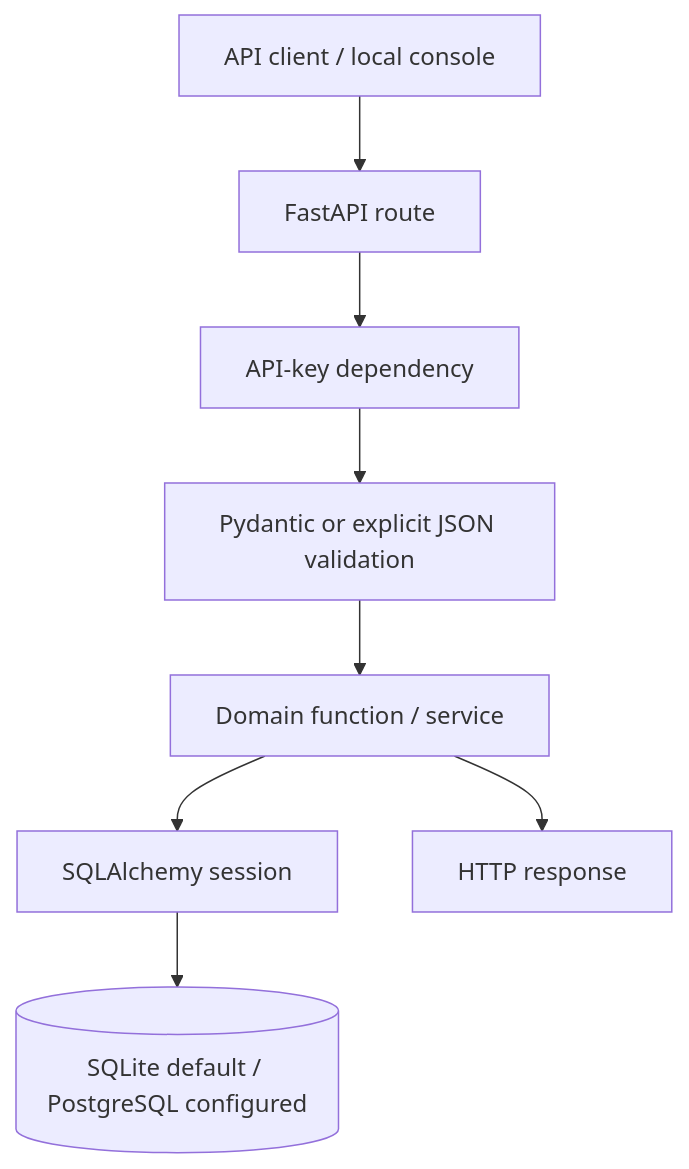
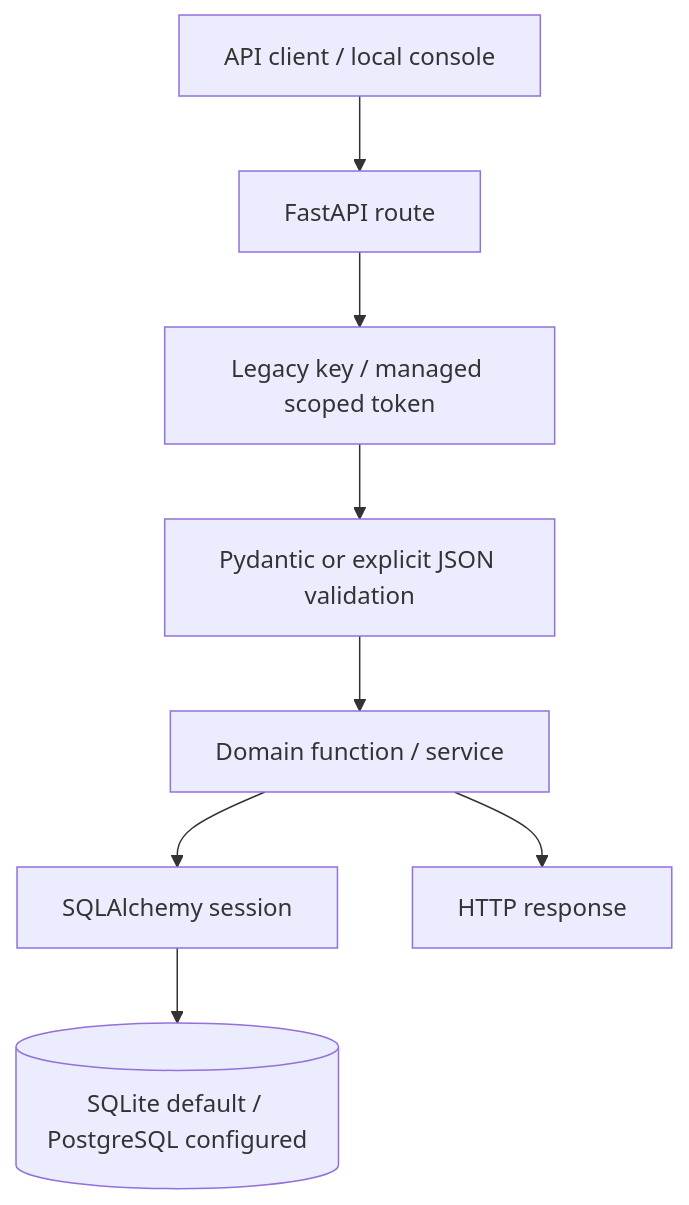
Before and after one commit to silvatechf/DeviceTrust: the first of 2 diagrams in docs/architecture.md, drawn with Mermaid. The commit also changed other lines of this file, not shown here.

Commit message:
docs: document managed identity trust boundary

````diff
--- a/docs/architecture.md
+++ b/docs/architecture.md
@@ -11,10 +11,10 @@
 ```mermaid
 flowchart TD
     CLIENT[API client / local console] --> API[FastAPI route]
-    API --> AUTH[API-key dependency]
+    API --> AUTH[Legacy key / managed scoped token]
     AUTH --> VALIDATE[Pydantic or explicit JSON validation]
     VALIDATE --> SERVICE[Domain function / service]
     SERVICE --> ORM[SQLAlchemy session]
     ORM --> DB[(SQLite default / PostgreSQL configured)]
     SERVICE --> RESPONSE[HTTP response]
 ```
````
